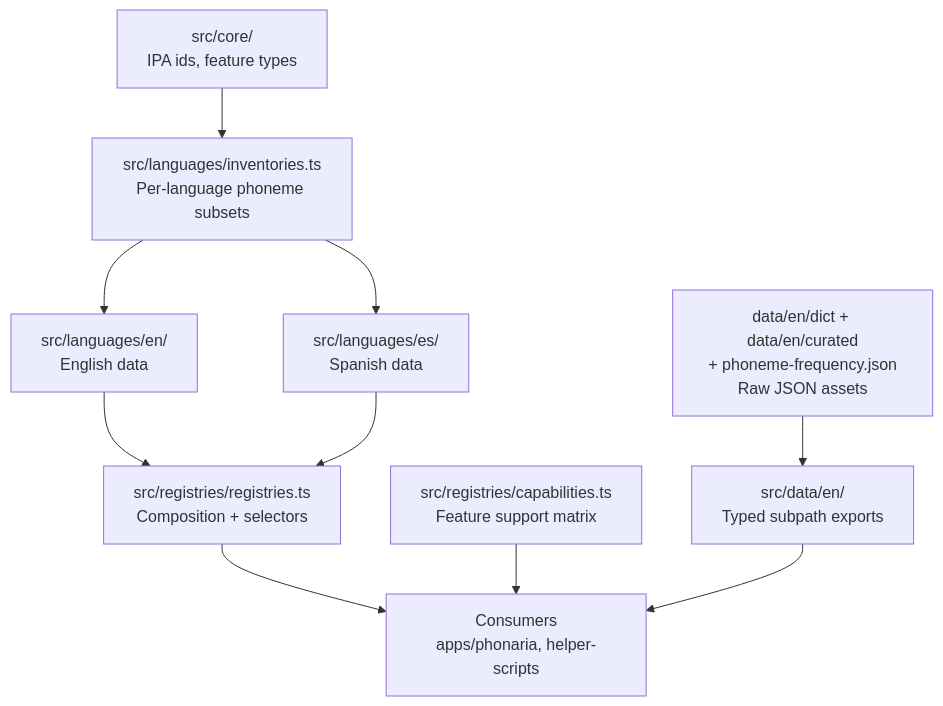
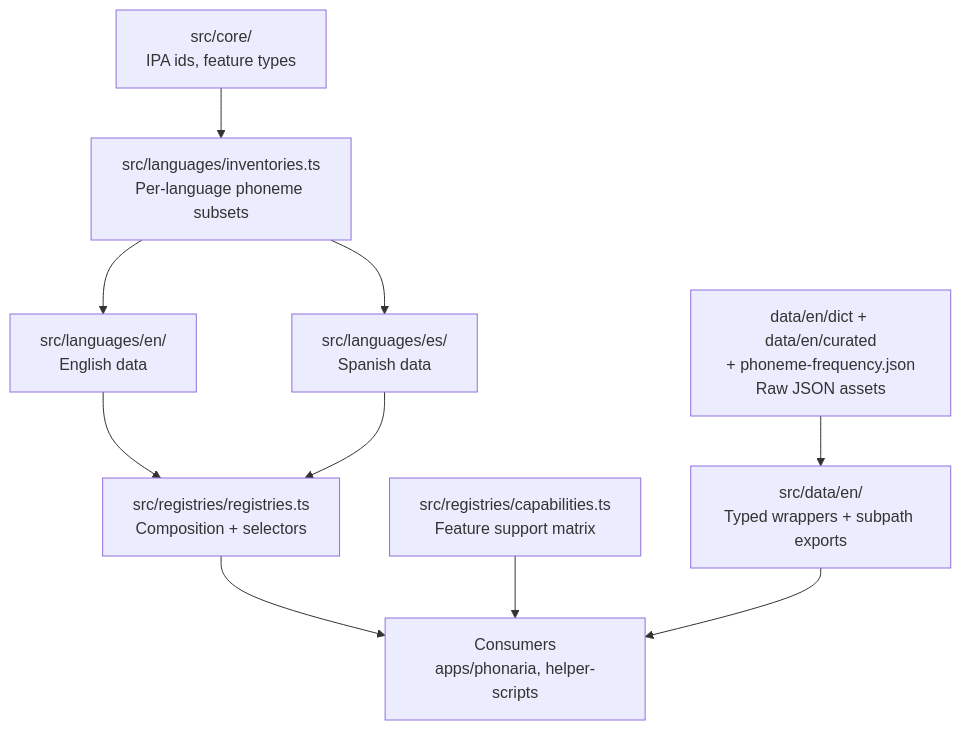
Before and after one commit to rigomart/phonaria: the diagram in packages/phonetics-data/README.md, drawn with Mermaid. The commit also changed other lines of this file and 14 other files, not shown here.

````diff
--- a/packages/phonetics-data/README.md
+++ b/packages/phonetics-data/README.md
@@ -42,12 +42,12 @@
 ```mermaid
 graph TD
   A["src/core/\nIPA ids, feature types"] --> B["src/languages/inventories.ts\nPer-language phoneme subsets"]
   B --> C["src/languages/en/\nEnglish data"]
   B --> D["src/languages/es/\nSpanish data"]
   C --> E["src/registries/registries.ts\nComposition + selectors"]
   D --> E
   E --> F["Consumers\napps/phonaria, helper-scripts"]
   G["src/registries/capabilities.ts\nFeature support matrix"] --> F
-  H["data/en/dict + data/en/curated\n+ phoneme-frequency.json\nRaw JSON assets"] --> I["src/data/en/\nTyped subpath exports"]
+  H["data/en/dict + data/en/curated\n+ phoneme-frequency.json\nRaw JSON assets"] --> I["src/data/en/\nTyped wrappers + subpath exports"]
   I --> F
 ```
````
